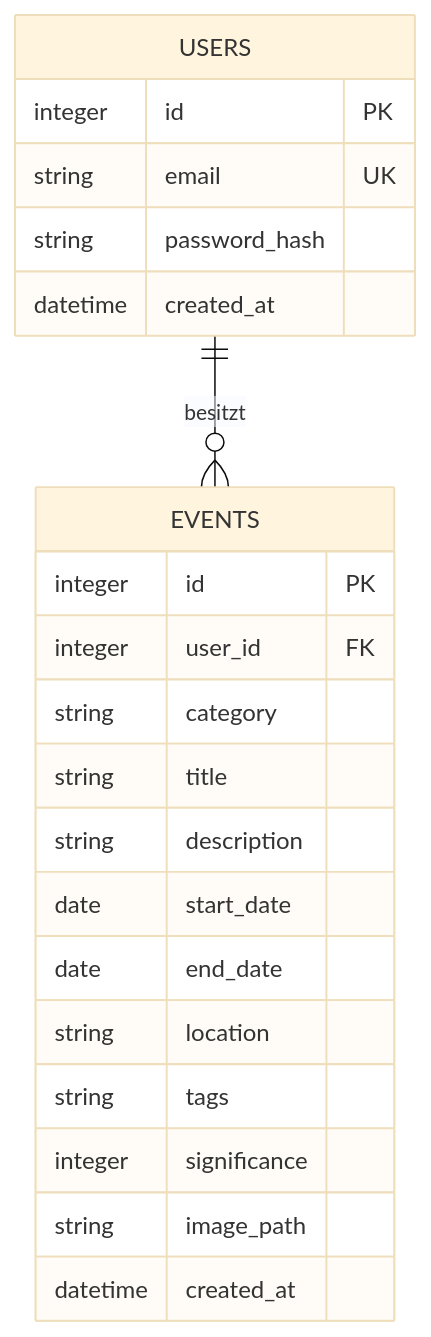
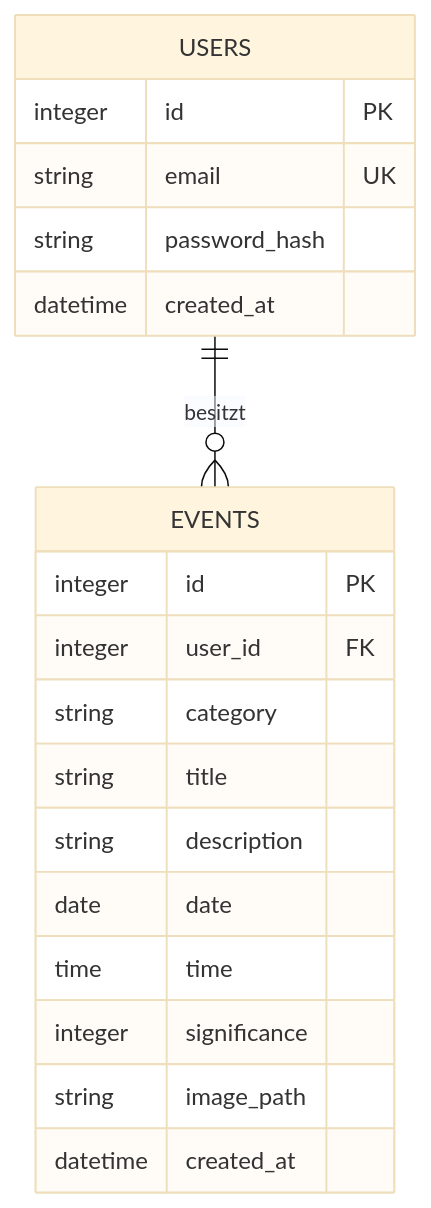
The diagram in docs/arch/A08-Querschnittskonzepte.md (ksukh-ux/lifeline-project), drawn with Mermaid (base theme) before and after one commit. The commit also changed other lines of this file, not shown here.

Commit message:
docs(arch): update event data model to date and time, remove location and tags

````diff
--- a/docs/arch/A08-Querschnittskonzepte.md
+++ b/docs/arch/A08-Querschnittskonzepte.md
@@ -7,24 +7,22 @@
 ```mermaid
 erDiagram
     USERS ||--o{ EVENTS : besitzt
     USERS {
         integer id PK
         string email UK
         string password_hash
         datetime created_at
     }
     EVENTS {
         integer id PK
         integer user_id FK
         string category
         string title
         string description
-        date start_date
-        date end_date
-        string location
-        string tags
+        date date
+        time time
         integer significance
         string image_path
         datetime created_at
     }
 ```
````
